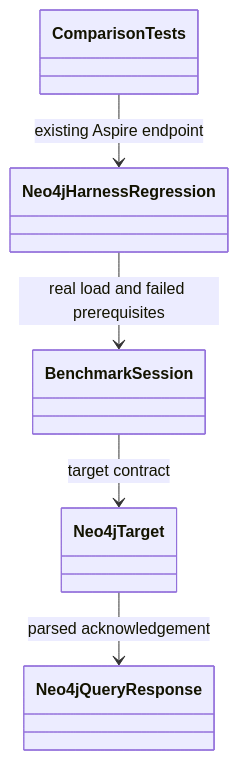
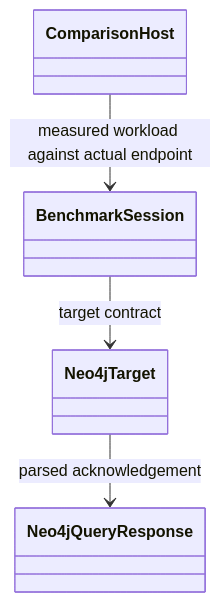
Before and after one commit to managedcode/KeyLoad: diagram 25 of 30 in docs/Architecture.md, drawn with Mermaid. The commit also changed other lines of this file and 575 other files, not shown here.

````diff
--- a/docs/Architecture.md
+++ b/docs/Architecture.md
@@ -739,12 +738,10 @@
 ```mermaid
 classDiagram
-    class ComparisonTests
-    class Neo4jHarnessRegression
+    class ComparisonHost
     class BenchmarkSession
     class Neo4jTarget
     class Neo4jQueryResponse
-    ComparisonTests --> Neo4jHarnessRegression : existing Aspire endpoint
-    Neo4jHarnessRegression --> BenchmarkSession : real load and failed prerequisites
+    ComparisonHost --> BenchmarkSession : measured workload against actual endpoint
     BenchmarkSession --> Neo4jTarget : target contract
     Neo4jTarget --> Neo4jQueryResponse : parsed acknowledgement
 ```
````
